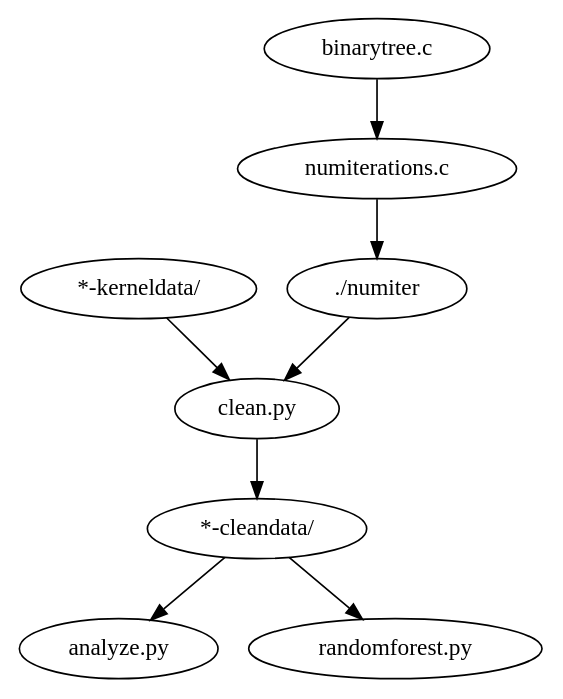
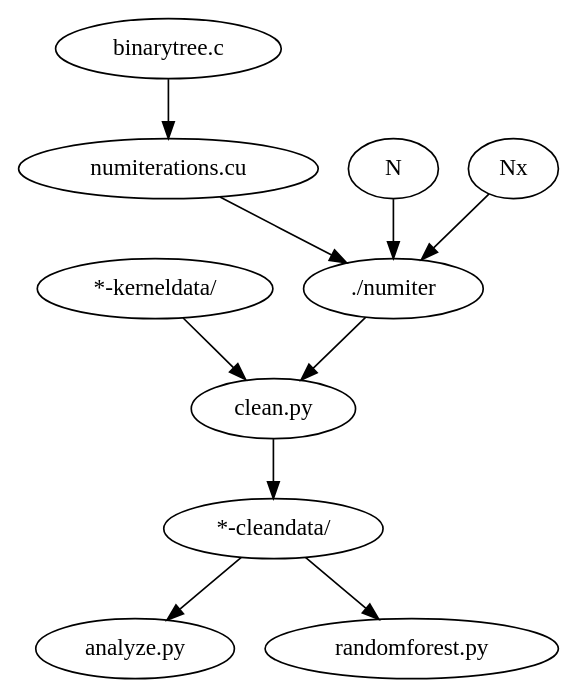
Before and after one commit to russellmatt66/GPU-samples: the diagram in BinarySearch/machine-learning/project.gv, drawn with Graphviz. The commit also changed 2 other files, not shown here.

Commit message:
Updating clean.py and project flowchart

```diff
--- a/BinarySearch/machine-learning/project.gv
+++ b/BinarySearch/machine-learning/project.gv
@@ -1,9 +1,11 @@
 digraph RandomForest {
     "*-kerneldata/" -> "clean.py";
-    "binarytree.c" -> "numiterations.c";
-    "numiterations.c" -> "./numiter";
+    "binarytree.c" -> "numiterations.cu";
+    "numiterations.cu" -> "./numiter";
+    "N" -> "./numiter";
+    "Nx" -> "./numiter";
     "./numiter" -> "clean.py";
     "clean.py" -> "*-cleandata/";
     "*-cleandata/" -> "analyze.py";
     "*-cleandata/" -> "randomforest.py"
 }
```
